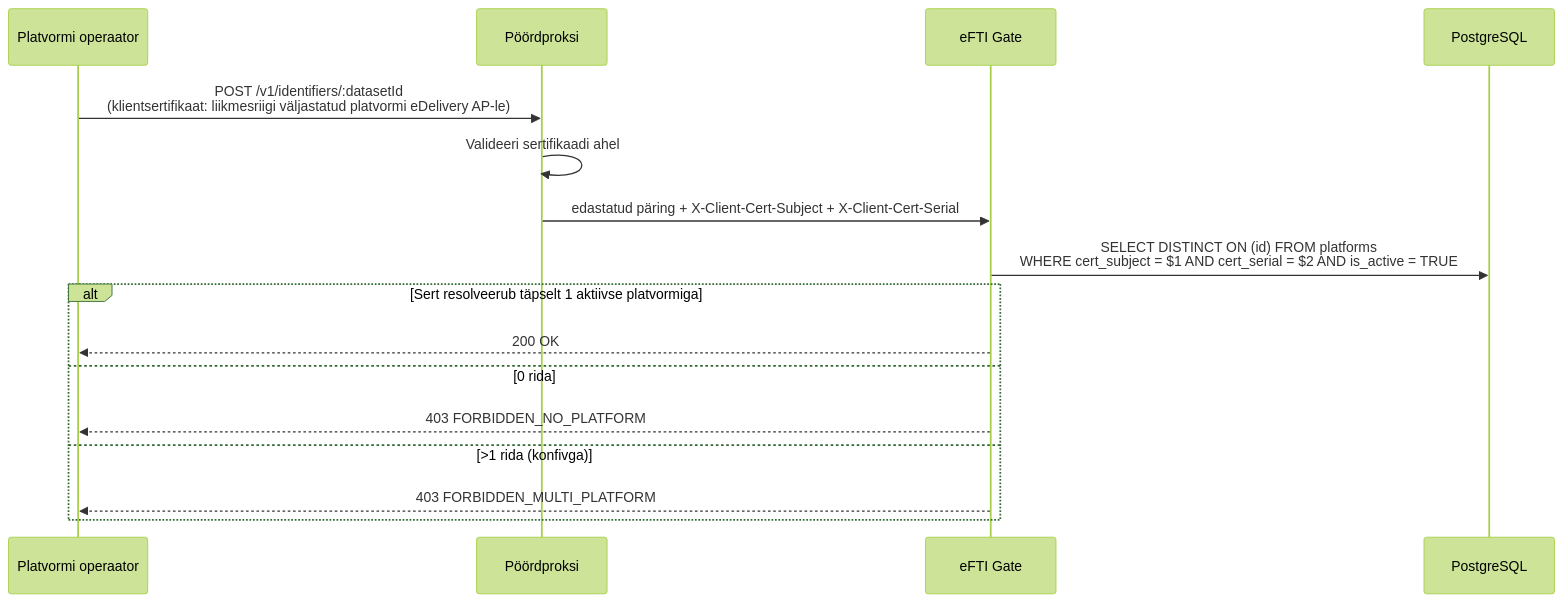
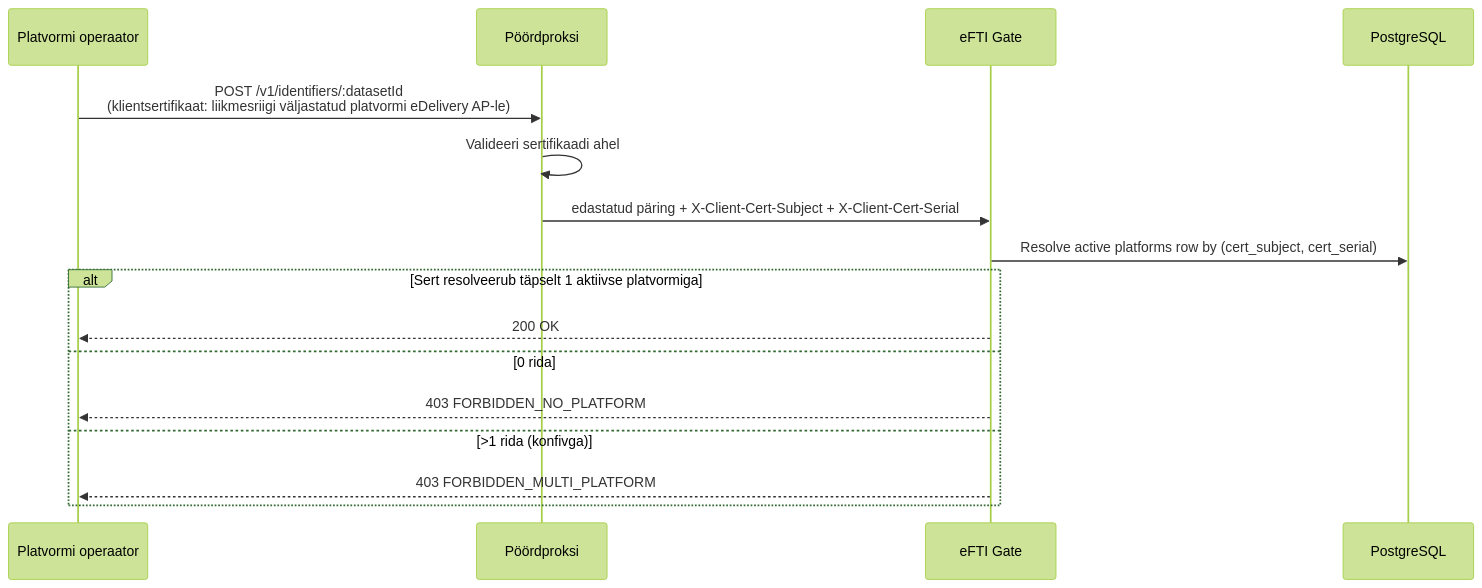
One commit to kemit-ee/efti-gate-ee changed the third of 10 diagrams in docs/efti_full_epics_et.md. Above: the diagram before and after it, drawn with Mermaid (forest theme). The commit also changed other lines of this file and 32 other files, not shown here.

First line of the commit message:
spec: principle — contract not code; strip SQL queries from non-schema files; declare break-glass + revoke-token contracts

````diff
--- a/docs/efti_full_epics_et.md
+++ b/docs/efti_full_epics_et.md
@@ -276,19 +282,19 @@
 ```mermaid
 sequenceDiagram
     participant Platform as Platvormi operaator
     participant Proxy as Pöördproksi
     participant Gate as eFTI Gate
     participant DB as PostgreSQL
 
     Platform->>Proxy: POST /v1/identifiers/:datasetId<br/>(klientsertifikaat: liikmesriigi väljastatud platvormi eDelivery AP-le)
     Proxy->>Proxy: Valideeri sertifikaadi ahel
     Proxy->>Gate: edastatud päring + X-Client-Cert-Subject + X-Client-Cert-Serial
-    Gate->>DB: SELECT DISTINCT ON (id) FROM platforms<br/>WHERE cert_subject = $1 AND cert_serial = $2 AND is_active = TRUE
+    Gate->>DB: Resolve active platforms row by (cert_subject, cert_serial)
     alt Sert resolveerub täpselt 1 aktiivse platvormiga
         Gate-->>Platform: 200 OK
     else 0 rida
         Gate-->>Platform: 403 FORBIDDEN_NO_PLATFORM
     else >1 rida (konfivga)
         Gate-->>Platform: 403 FORBIDDEN_MULTI_PLATFORM
     end
 ```
````
